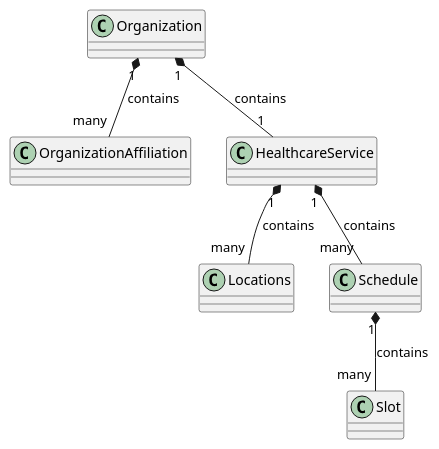
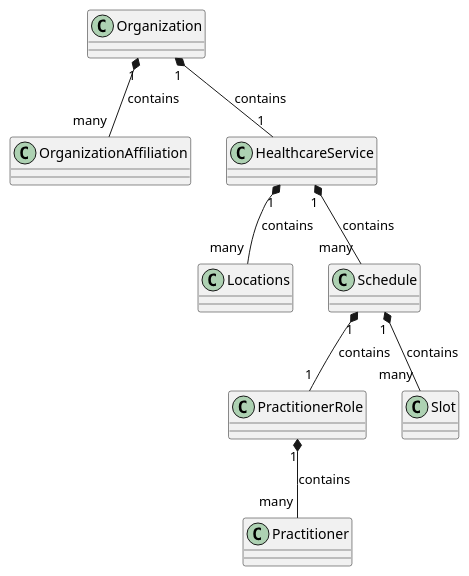
The diagram in NHSEnglandProgrammeImplementationGuides/backup/guides/Directory-of-Service/Home/Design/Data-mapping.page.md (NHSDigital/IOPS-FHIR-Simplifier-Backup), drawn with PlantUML before and after one commit. The commit also changed other lines of this file and 5 other files, not shown here.

```diff
--- a/NHSEnglandProgrammeImplementationGuides/backup/guides/Directory-of-Service/Home/Design/Data-mapping.page.md
+++ b/NHSEnglandProgrammeImplementationGuides/backup/guides/Directory-of-Service/Home/Design/Data-mapping.page.md
@@ -8,7 +13,9 @@
 @startuml
 Organization "1" *-- "many" OrganizationAffiliation : contains
 Organization "1" *-- "1" HealthcareService : contains
 HealthcareService "1" *-- "many" Locations : contains
 HealthcareService "1" *-- "many" Schedule : contains
+Schedule "1" *-- "1" PractitionerRole : contains
+PractitionerRole "1" *-- "many" Practitioner : contains
 Schedule "1" *-- "many" Slot : contains
 @enduml
```
